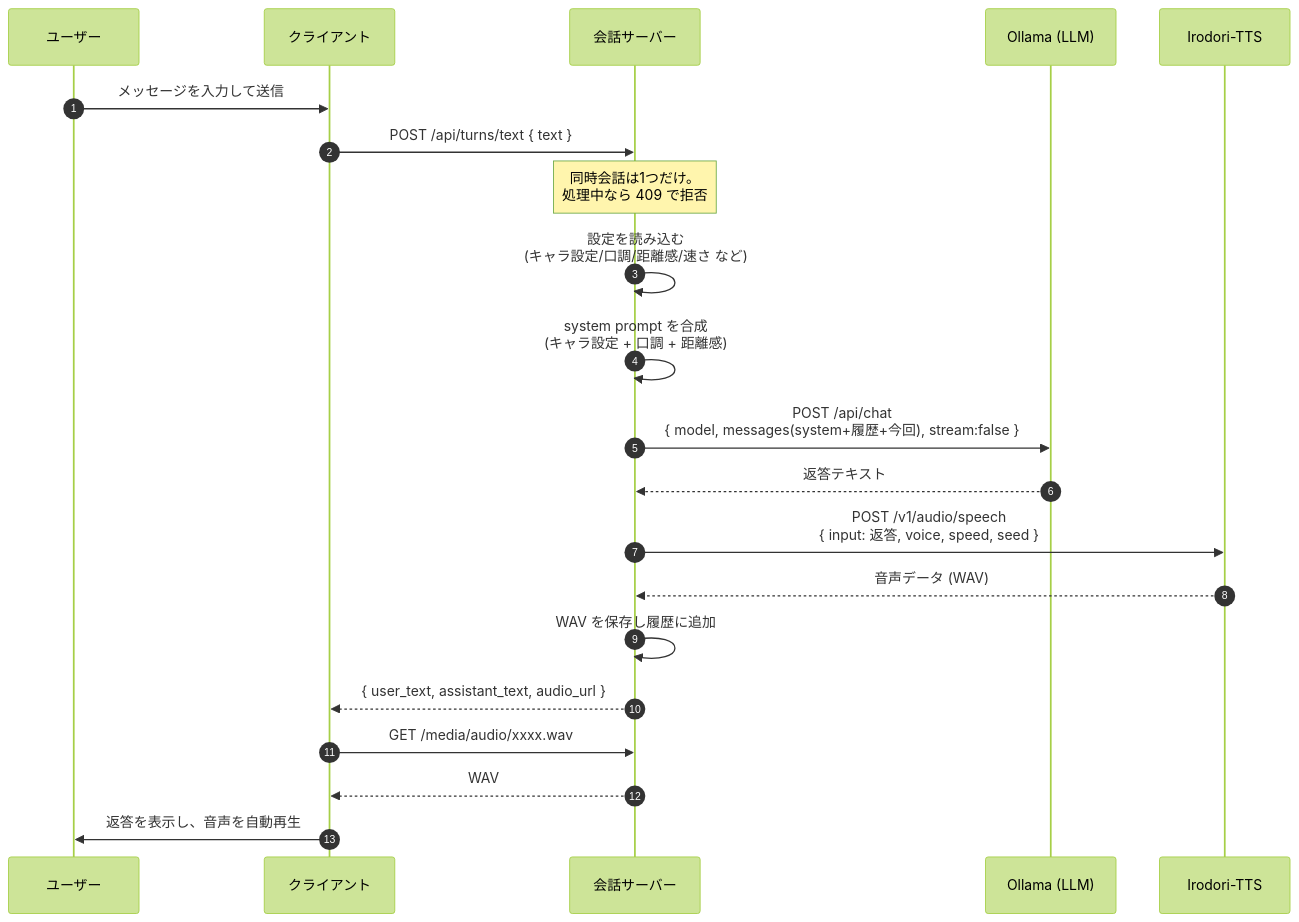
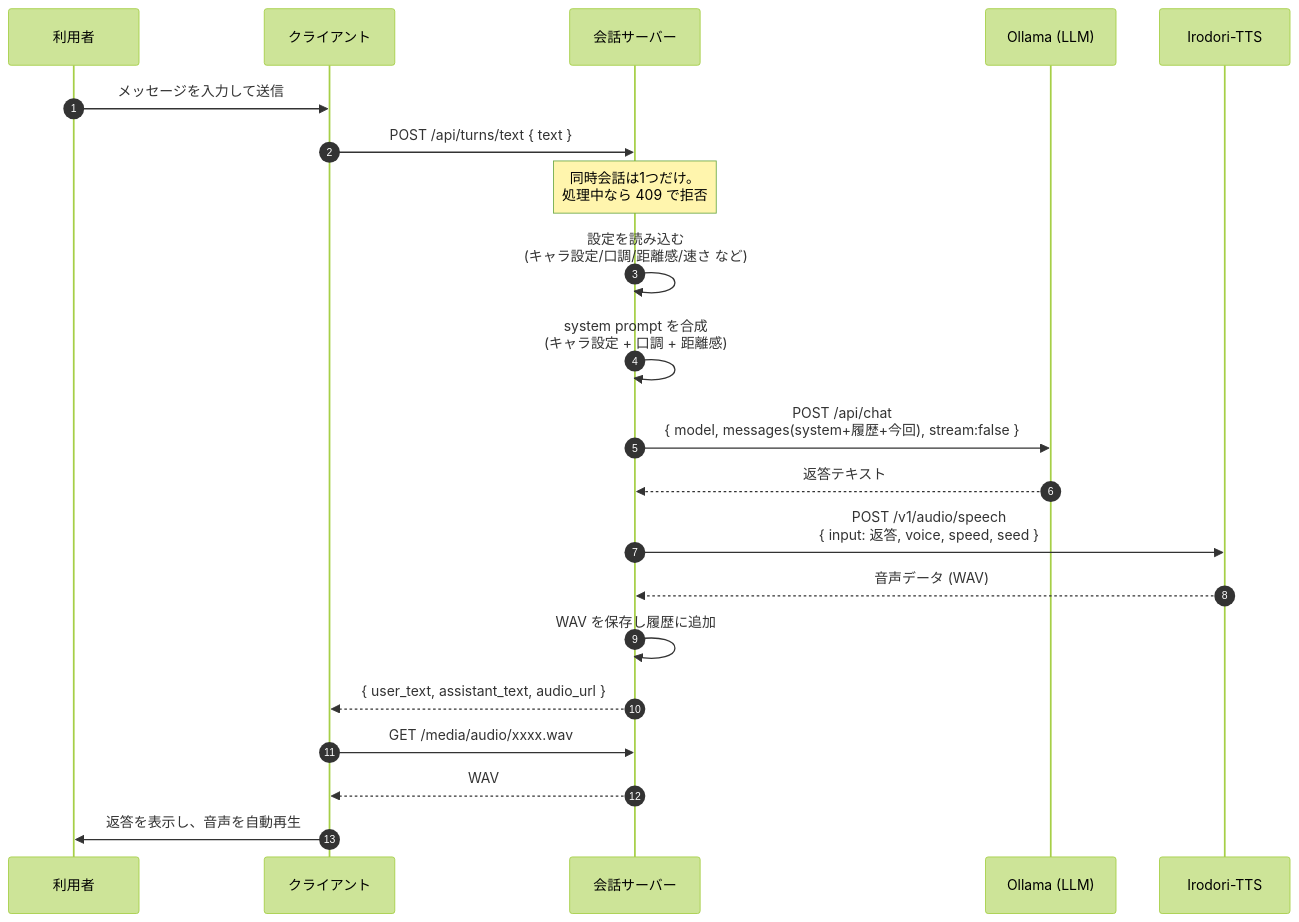
One commit to GentaAmeku/gemma4-irodori-voice-chat changed the second of 5 diagrams in docs/architecture.md. Above: the diagram before and after it, drawn with Mermaid (forest theme). The commit also changed other lines of this file and 15 other files, not shown here.

````diff
--- a/docs/architecture.md
+++ b/docs/architecture.md
@@ -52,24 +52,24 @@
 ```mermaid
 sequenceDiagram
     autonumber
-    participant U as ユーザー
+    participant U as 利用者
     participant C as クライアント
     participant S as 会話サーバー
     participant O as Ollama (LLM)
     participant T as Irodori-TTS
 
     U->>C: メッセージを入力して送信
     C->>S: POST /api/turns/text { text }
     Note over S: 同時会話は1つだけ。<br/>処理中なら 409 で拒否
     S->>S: 設定を読み込む<br/>(キャラ設定/口調/距離感/速さ など)
     S->>S: system prompt を合成<br/>(キャラ設定 + 口調 + 距離感)
     S->>O: POST /api/chat<br/>{ model, messages(system+履歴+今回), stream:false }
     O-->>S: 返答テキスト
     S->>T: POST /v1/audio/speech<br/>{ input: 返答, voice, speed, seed }
     T-->>S: 音声データ (WAV)
     S->>S: WAV を保存し履歴に追加
     S-->>C: { user_text, assistant_text, audio_url }
     C->>S: GET /media/audio/xxxx.wav
     S-->>C: WAV
     C->>U: 返答を表示し、音声を自動再生
 ```
````
